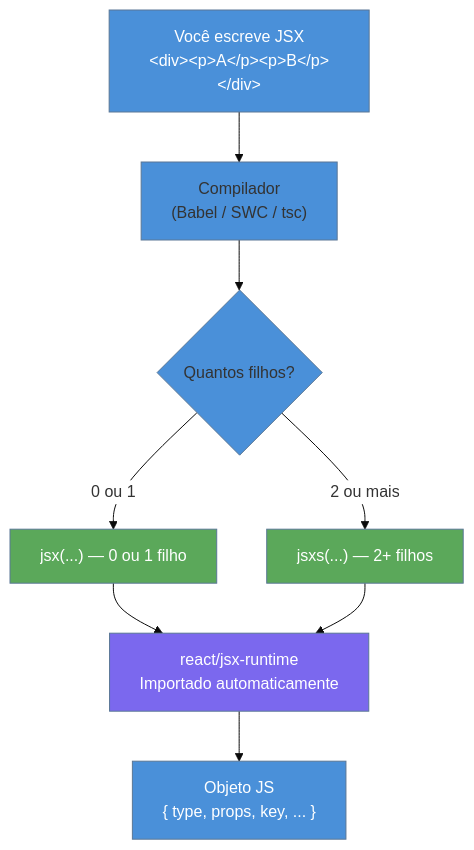
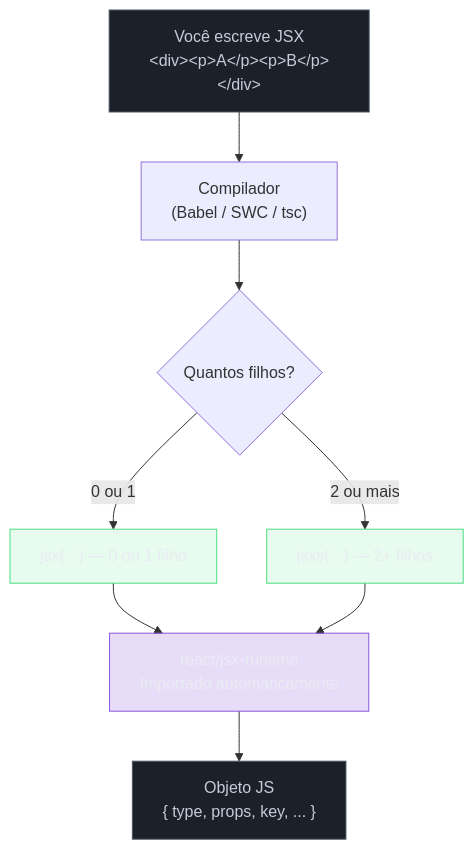
The first of 2 diagrams in 03-Dominios/Tecnologia/React/React core/02 - JSX a fundo.md (josenaldo/codex-technomanticus), drawn with Mermaid before and after one commit. The commit also changed other lines of this file and 1181 other files, not shown here.

First line of the commit message:
fix(diagramas): paleta do sistema no lugar de cor cravada no markdown

````diff
--- a/03-Dominios/Tecnologia/React/React core/02 - JSX a fundo.md
+++ b/03-Dominios/Tecnologia/React/React core/02 - JSX a fundo.md
@@ -96,24 +96,26 @@
 ```mermaid
-%%{init: {"theme": "base", "themeVariables": {"primaryColor": "#4A90D9", "edgeLabelBackground": "#ffffff"}}}%%
 graph TD
+    classDef neutro fill:#1B2029,stroke:#4E5666,color:#C6CCD8
+    classDef marca fill:#8855DF33,stroke:#8855DF,color:#E9ECF2
+    classDef ok fill:#4ADE8021,stroke:#4ADE80,color:#E9ECF2
     A["Você escreve JSX\n&lt;div&gt;&lt;p&gt;A&lt;/p&gt;&lt;p&gt;B&lt;/p&gt;&lt;/div&gt;"]
     B["Compilador\n(Babel / SWC / tsc)"]
     C{"Quantos filhos?"}
     D["jsx(...)  — 0 ou 1 filho"]
     E["jsxs(...) — 2+ filhos"]
     F["react/jsx-runtime\nImportado automaticamente"]
     G["Objeto JS\n{ type, props, key, ... }"]
 
     A --> B --> C
     C -->|"0 ou 1"| D
     C -->|"2 ou mais"| E
     D --> F
     E --> F
     F --> G
 
-    style A fill:#4A90D9,color:#fff
-    style G fill:#4A90D9,color:#fff
-    style F fill:#7B68EE,color:#fff
-    style D fill:#5BA85A,color:#fff
-    style E fill:#5BA85A,color:#fff
+    class A neutro
+    class G neutro
+    class F marca
+    class D ok
+    class E ok
 ```
````
